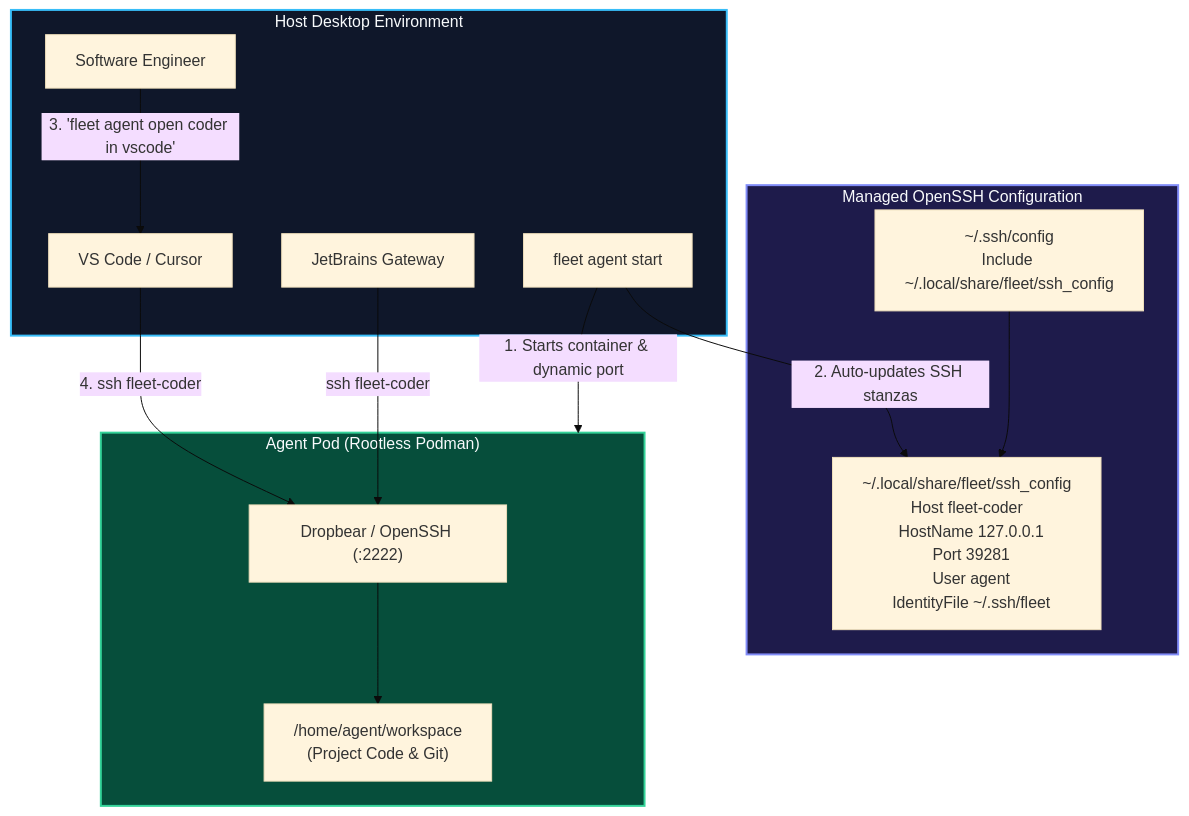
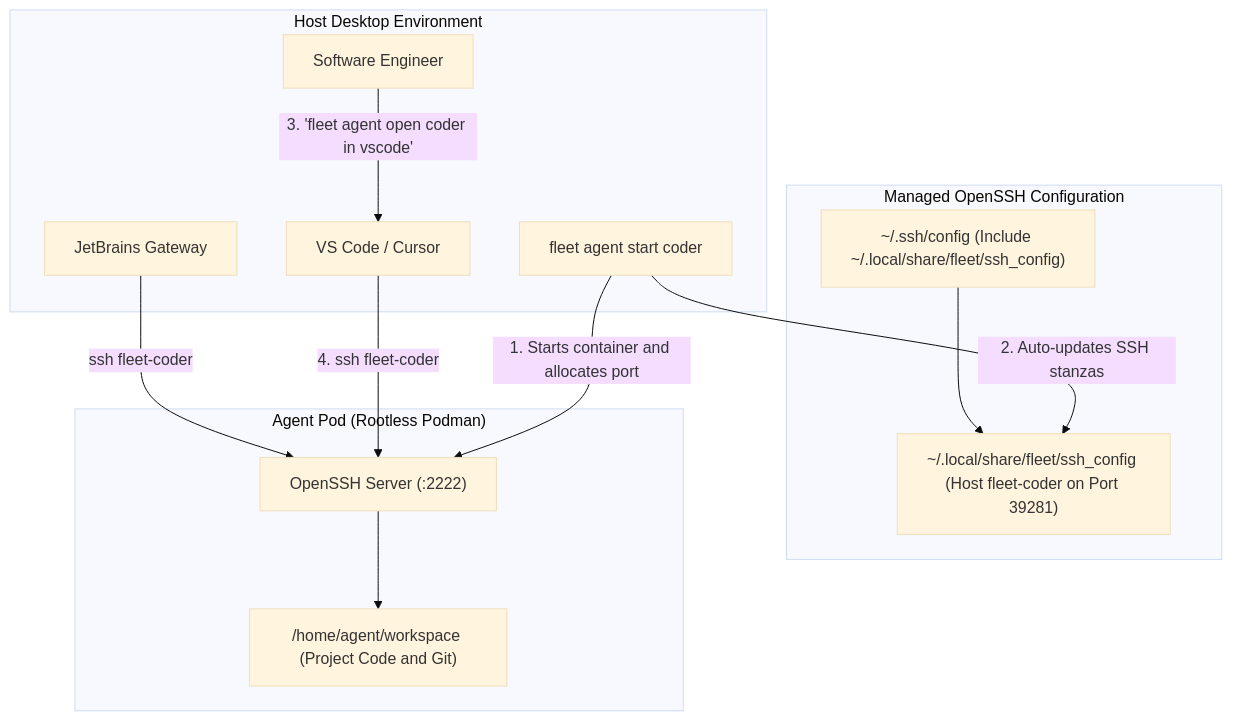
Before and after one commit to boggycreek/fleet: the fifth of 5 diagrams in doc/infographics/fleet-architecture-overview.md, drawn with Mermaid (base theme). The commit also changed other lines of this file, not shown here.

Commit message:
fix(docs): resolve Mermaid syntax errors in visual architecture infographic

````diff
--- a/doc/infographics/fleet-architecture-overview.md
+++ b/doc/infographics/fleet-architecture-overview.md
@@ -198,34 +173,27 @@
 ```mermaid
 flowchart TD
     subgraph HostDev["Host Desktop Environment"]
         Developer["Software Engineer"]
         VSCode["VS Code / Cursor"]
         JetBrains["JetBrains Gateway"]
-        FleetCLI["fleet agent start <name>"]
+        FleetCLI["fleet agent start coder"]
     end
 
     subgraph SSHConfig["Managed OpenSSH Configuration"]
-        MainConfig["~/.ssh/config\nInclude ~/.local/share/fleet/ssh_config"]
-        FleetStanzas["~/.local/share/fleet/ssh_config\nHost fleet-coder\n  HostName 127.0.0.1\n  Port 39281\n  User agent\n  IdentityFile ~/.ssh/fleet"]
+        MainConfig["~/.ssh/config (Include ~/.local/share/fleet/ssh_config)"]
+        FleetStanzas["~/.local/share/fleet/ssh_config (Host fleet-coder on Port 39281)"]
     end
 
     subgraph ContainerTarget["Agent Pod (Rootless Podman)"]
-        SSHD["Dropbear / OpenSSH (:2222)"]
-        Workspace["/home/agent/workspace\n(Project Code & Git)"]
+        SSHD["OpenSSH Server (:2222)"]
+        Workspace["/home/agent/workspace (Project Code and Git)"]
     end
 
-    FleetCLI -->|1. Starts container & dynamic port| ContainerTarget
+    FleetCLI -->|1. Starts container and allocates port| SSHD
     FleetCLI -->|2. Auto-updates SSH stanzas| FleetStanzas
     MainConfig --> FleetStanzas
     Developer -->|3. 'fleet agent open coder in vscode'| VSCode
     VSCode -->|4. ssh fleet-coder| SSHD
     JetBrains -->|ssh fleet-coder| SSHD
     SSHD --> Workspace
-
-    classDef host fill:#0f172a,stroke:#38bdf8,stroke-width:2px,color:#f8fafc;
-    classDef cfg fill:#1e1b4b,stroke:#818cf8,stroke-width:2px,color:#f8fafc;
-    classDef target fill:#064e3b,stroke:#34d399,stroke-width:2px,color:#f8fafc;
-    class HostDev host;
-    class SSHConfig cfg;
-    class ContainerTarget target;
 ```
````
